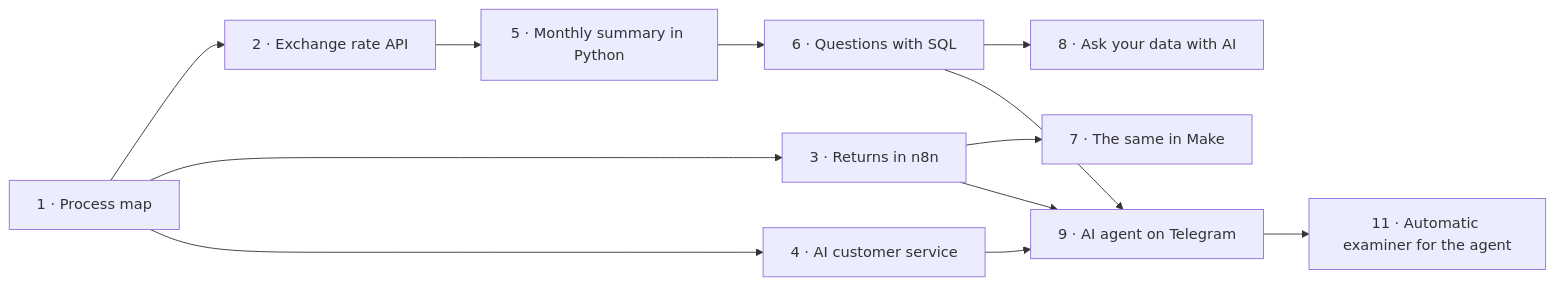
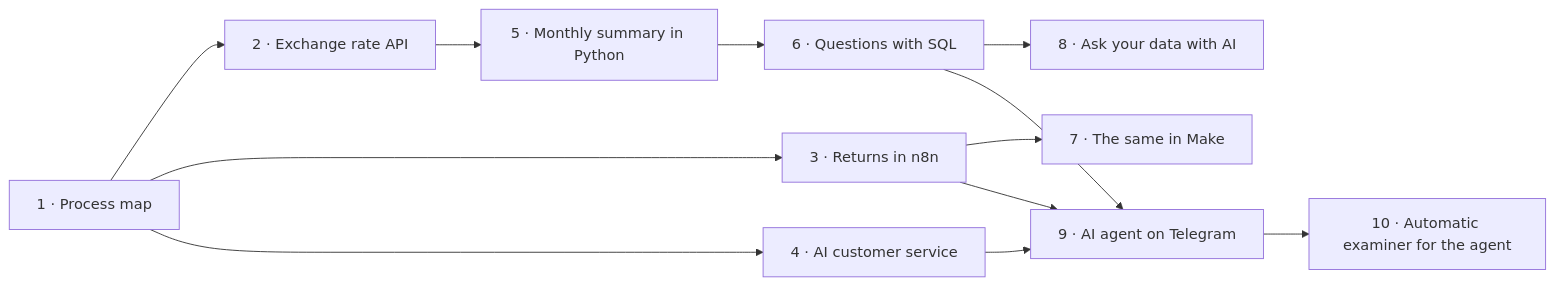
One commit to Kairuferrin/smb-automation-portfolio changed the diagram in README.md. Above: the diagram before and after it, drawn with Mermaid. The commit also changed other lines of this file and 29 other files, not shown here.

````diff
--- a/README.md
+++ b/README.md
@@ -16,14 +16,14 @@
 ```mermaid
 flowchart LR
     P1[1 · Process map] --> P2[2 · Exchange rate API]
     P2 --> P5[5 · Monthly summary in Python]
     P5 --> P6[6 · Questions with SQL]
     P1 --> P3[3 · Returns in n8n]
     P3 --> P7[7 · The same in Make]
     P1 --> P4[4 · AI customer service]
     P6 --> P8[8 · Ask your data with AI]
     P4 --> P9[9 · AI agent on Telegram]
     P3 --> P9
     P6 --> P9
-    P9 --> P11[11 · Automatic examiner for the agent]
+    P9 --> P10[10 · Automatic examiner for the agent]
 ```
````
